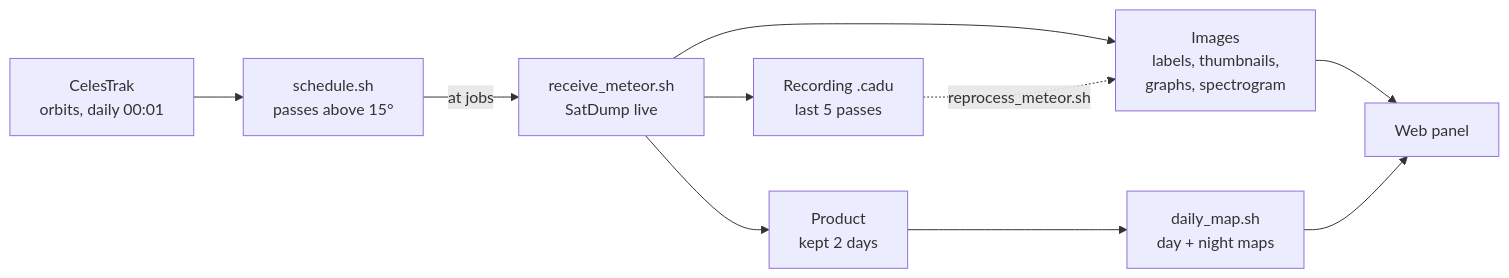
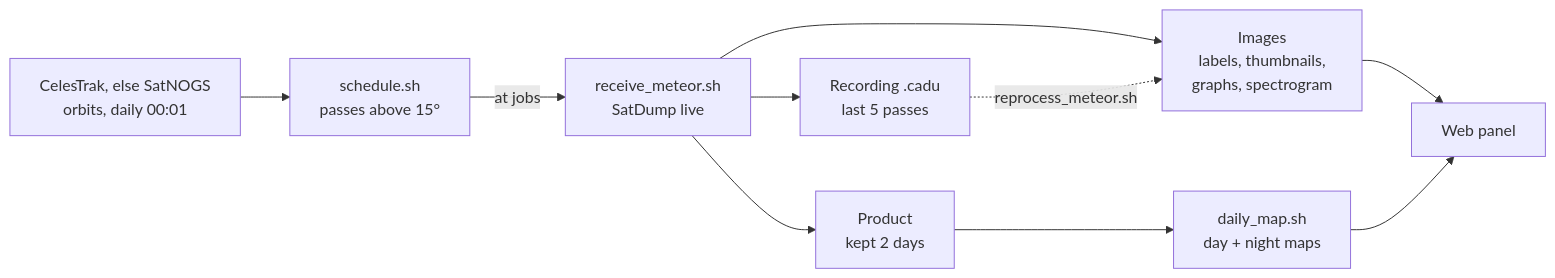
Before and after one commit to holifo/raspberry-lrpt: the first of 3 diagrams in docs/USER_GUIDE.md, drawn with Mermaid. The commit also changed other lines of this file and 7 other files, not shown here.

````diff
--- a/docs/USER_GUIDE.md
+++ b/docs/USER_GUIDE.md
@@ -26,12 +26,12 @@
 ```mermaid
 flowchart LR
-    A[CelesTrak<br/>orbits, daily 00:01] --> B[schedule.sh<br/>passes above 15°]
+    A[CelesTrak, else SatNOGS<br/>orbits, daily 00:01] --> B[schedule.sh<br/>passes above 15°]
     B -->|at jobs| C[receive_meteor.sh<br/>SatDump live]
     C --> D[Images<br/>labels, thumbnails,<br/>graphs, spectrogram]
     C --> E[Recording .cadu<br/>last 5 passes]
     C --> F[Product<br/>kept 2 days]
     D --> W[Web panel]
     F --> M[daily_map.sh<br/>day + night maps]
     M --> W
     E -.->|reprocess_meteor.sh| D
 ```
````
